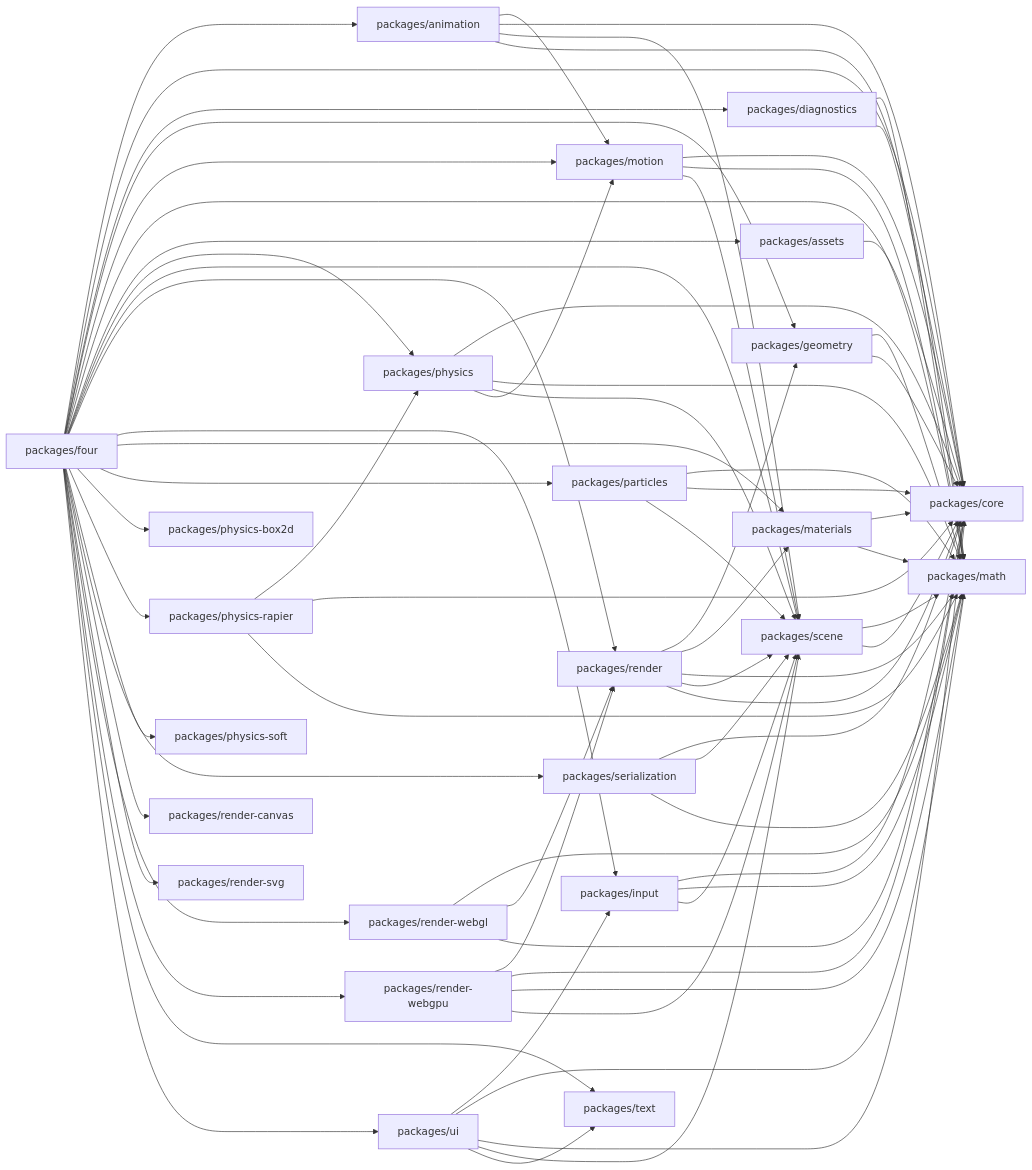
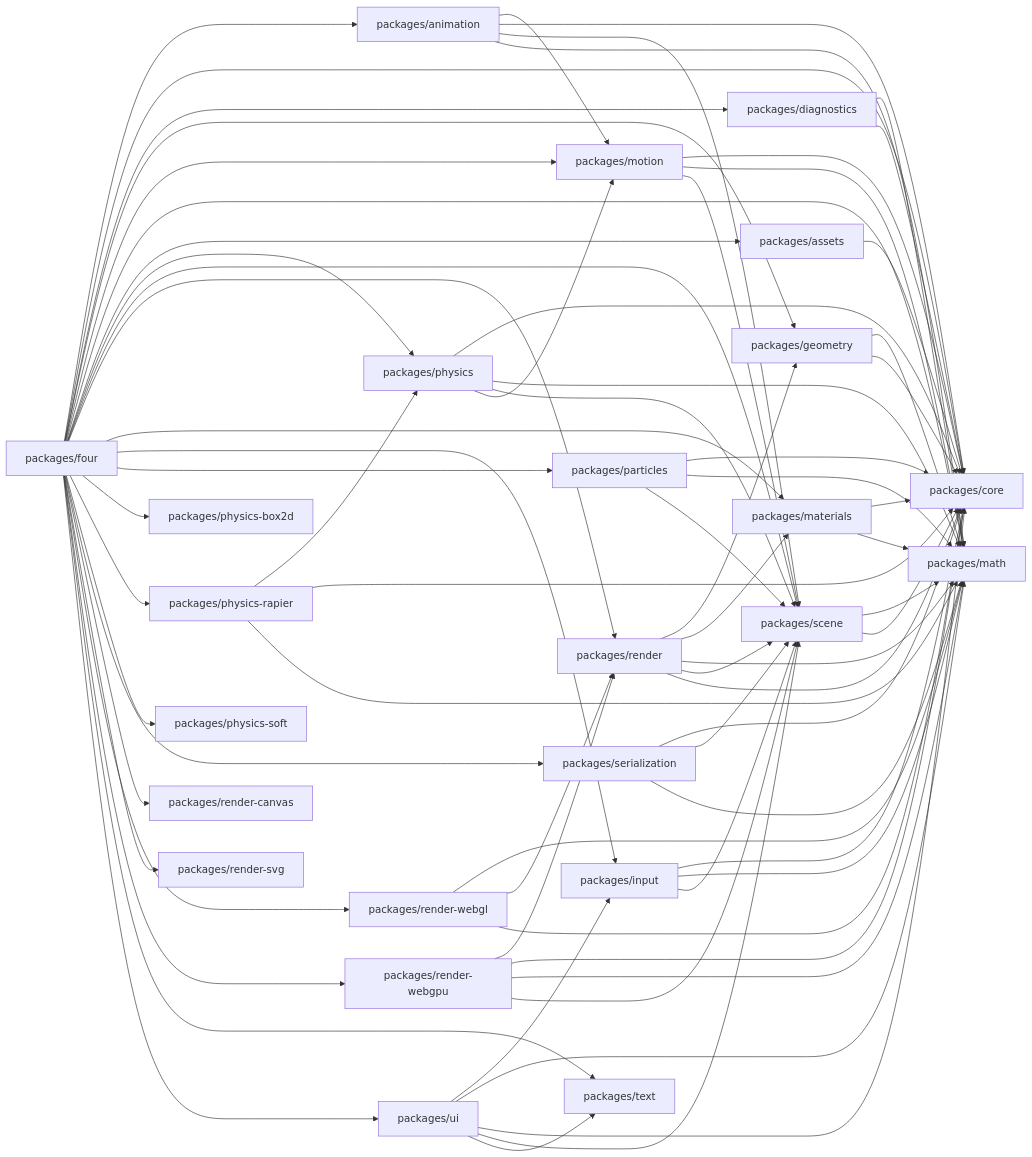
Before and after one commit to danielsimonjr/four.js: the first of 2 diagrams in docs/Architecture/DEPENDENCY_GRAPH.md, drawn with Mermaid. The commit also changed other lines of this file and 132 other files, not shown here.

```diff
--- a/docs/Architecture/DEPENDENCY_GRAPH.md
+++ b/docs/Architecture/DEPENDENCY_GRAPH.md
@@ -148,8 +148,8 @@
     P4 --> P11
     P4 --> P20
     P4 --> P15
+    P4 --> P7
     P4 --> P6
-    P4 --> P7
     P4 --> P10
     P4 --> P12
     P4 --> P13
@@ -171,8 +171,8 @@
     P9 --> P2
     P9 --> P8
     P9 --> P20
+    P10 --> P2
     P10 --> P8
-    P10 --> P2
     P10 --> P20
     P11 --> P2
     P11 --> P8
```
